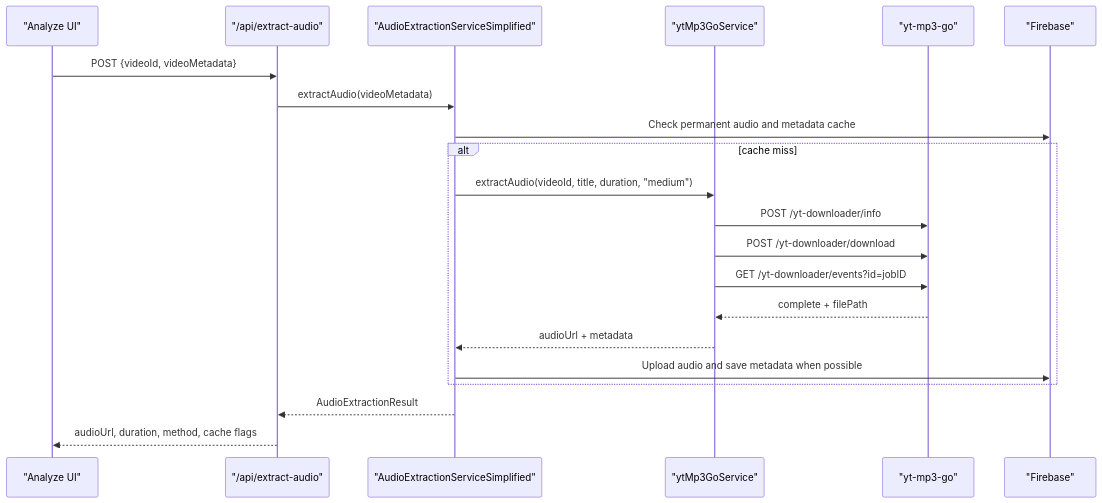
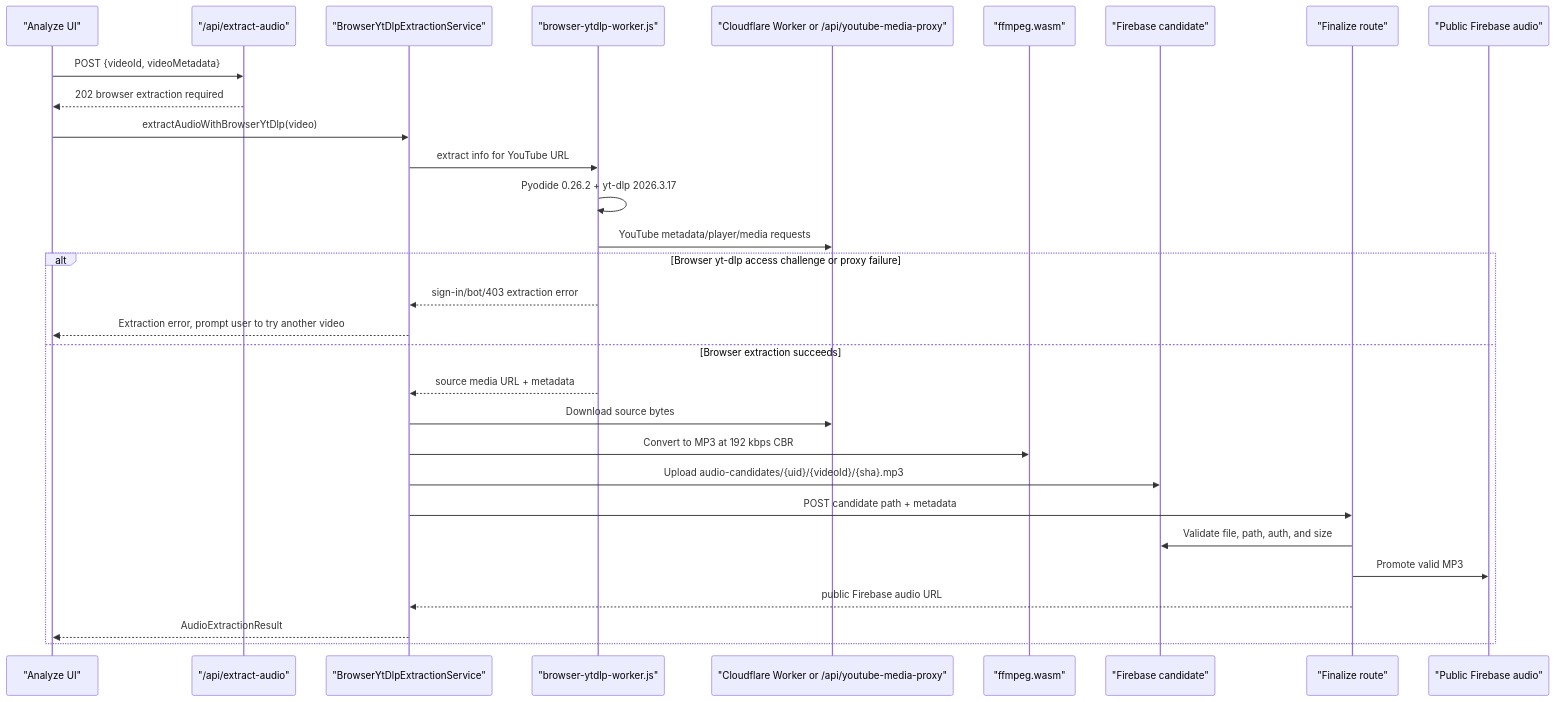
Before and after one commit to ptnghia-j/ChordMiniApp: the second of 2 diagrams in .qoder/repowiki/en/content/Audio Processing and Analysis/YouTube Integration.md, drawn with Mermaid. The commit also changed other lines of this file and 60 other files, not shown here.

Commit message:
completed migration to client side audio extraction

````diff
--- a/.qoder/repowiki/en/content/Audio Processing and Analysis/YouTube Integration.md
+++ b/.qoder/repowiki/en/content/Audio Processing and Analysis/YouTube Integration.md
@@ -56,23 +65,32 @@
 ```mermaid
 sequenceDiagram
 participant UI as "Analyze UI"
 participant API as "/api/extract-audio"
-participant Audio as "AudioExtractionServiceSimplified"
-participant MP3 as "ytMp3GoService"
-participant Remote as "yt-mp3-go"
-participant Store as "Firebase"
+participant Browser as "BrowserYtDlpExtractionService"
+participant Worker as "browser-ytdlp-worker.js"
+participant Proxy as "Cloudflare Worker or /api/youtube-media-proxy"
+participant FFmpeg as "ffmpeg.wasm"
+participant Candidate as "Firebase candidate"
+participant Finalizer as "Finalize route"
+participant Public as "Public Firebase audio"
 UI->>API : POST {videoId, videoMetadata}
-API->>Audio : extractAudio(videoMetadata)
-Audio->>Store : Check permanent audio and metadata cache
-alt cache miss
-Audio->>MP3 : extractAudio(videoId, title, duration, "medium")
-MP3->>Remote : POST /yt-downloader/info
-MP3->>Remote : POST /yt-downloader/download
-MP3->>Remote : GET /yt-downloader/events?id=jobID
-Remote-->>MP3 : complete + filePath
-MP3-->>Audio : audioUrl + metadata
-Audio->>Store : Upload audio and save metadata when possible
+API-->>UI : 202 browser extraction required
+UI->>Browser : extractAudioWithBrowserYtDlp(video)
+Browser->>Worker : extract info for YouTube URL
+Worker->>Worker : Pyodide 0.26.2 + yt-dlp 2026.3.17
+Worker->>Proxy : YouTube metadata/player/media requests
+alt Browser yt-dlp access challenge or proxy failure
+Worker-->>Browser : sign-in/bot/403 extraction error
+Browser-->>UI : Extraction error, prompt user to try another video
+else Browser extraction succeeds
+Worker-->>Browser : source media URL + metadata
+Browser->>Proxy : Download source bytes
+Browser->>FFmpeg : Convert to MP3 at 192 kbps CBR
+Browser->>Candidate : Upload audio-candidates/{uid}/{videoId}/{sha}.mp3
+Browser->>Finalizer : POST candidate path + metadata
+Finalizer->>Candidate : Validate file, path, auth, and size
+Finalizer->>Public : Promote valid MP3
+Finalizer-->>Browser : public Firebase audio URL
+Browser-->>UI : AudioExtractionResult
 end
-Audio-->>API : AudioExtractionResult
-API-->>UI : audioUrl, duration, method, cache flags
 ```
````
